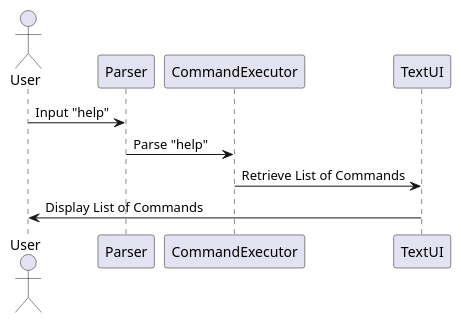
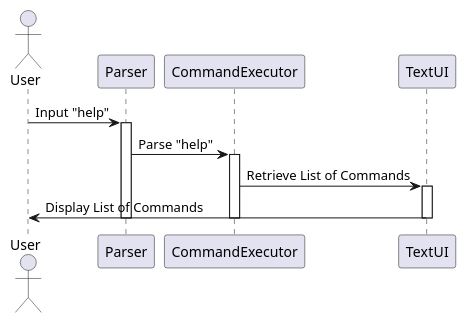
The diagram in docs/diagrams/Help_Seq.puml (EdwinTun98/tp), drawn with PlantUML before and after one commit. The commit also changed 3 other files, not shown here.

Commit message:
Added activation bars to `help` and `exit` sequence diagrams

```diff
--- a/docs/diagrams/Help_Seq.puml
+++ b/docs/diagrams/Help_Seq.puml
@@ -1,7 +1,17 @@
 @startuml
 actor User
 User -> Parser : Input "help"
+activate Parser
+
 Parser -> CommandExecutor : Parse "help"
+activate CommandExecutor
+
 CommandExecutor -> TextUI : Retrieve List of Commands
+activate TextUI
+
 TextUI -> User : Display List of Commands
+deactivate TextUI
+
+deactivate CommandExecutor
+deactivate Parser
 @enduml
```
